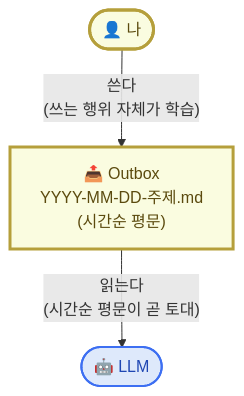
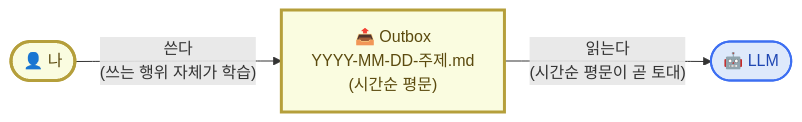
The first of 3 diagrams in content/week2/mechanism.mdx (effectiveai-io/my-learning-agent), drawn with Mermaid before and after one commit. The commit also changed other lines of this file and 5 other files, not shown here.

````diff
--- a/content/week2/mechanism.mdx
+++ b/content/week2/mechanism.mdx
@@ -22,16 +22,16 @@
 ```mermaid
-flowchart TB
+flowchart LR
     Me(["👤 나"])
+    Box["📤 Outbox<br/>YYYY-MM-DD-주제.md<br/>(시간순 평문)"]
     LLM(["🤖 LLM"])
-    Box["📤 Outbox<br/>YYYY-MM-DD-주제.md<br/>(시간순 평문)"]
 
     Me -- "쓴다<br/>(쓰는 행위 자체가 학습)" --> Box
     Box -- "읽는다<br/>(시간순 평문이 곧 토대)" --> LLM
 
     classDef me fill:#fafce0,stroke:#b59f3b,stroke-width:3px,color:#5b4a0e
     classDef box fill:#fafce0,stroke:#b59f3b,stroke-width:3px,color:#5b4a0e
     classDef llm fill:#dee9fb,stroke:#3d6ff2,stroke-width:2px,color:#1f47b3
     class Me me
     class Box box
     class LLM llm
 ```
````
